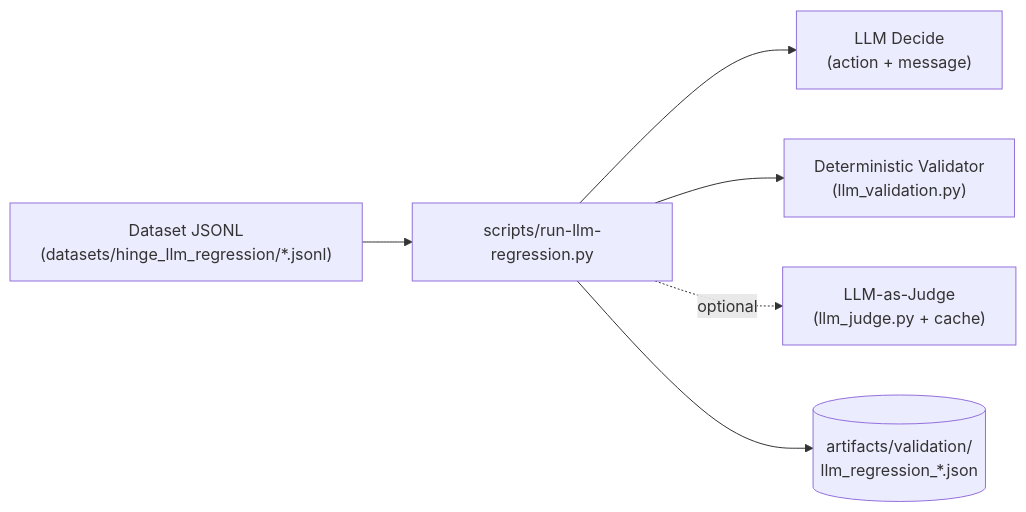
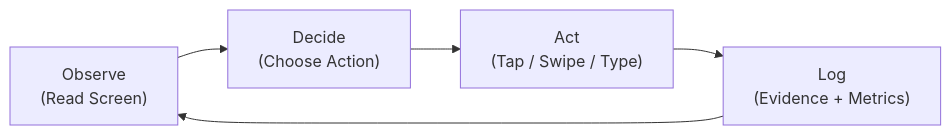
The diagram in README.md (saulrichardson/dating-agent), drawn with Mermaid before and after one commit. The commit also changed other lines of this file, not shown here.

````diff
--- a/README.md
+++ b/README.md
@@ -441,8 +28,7 @@
 ```mermaid
 flowchart LR
-  Dataset["Dataset JSONL\n(datasets/hinge_llm_regression/*.jsonl)"] --> Runner["scripts/run-llm-regression.py"]
-  Runner --> Decide["LLM Decide\n(action + message)"]
-  Runner --> Validate["Deterministic Validator\n(llm_validation.py)"]
-  Runner -. optional .-> Judge["LLM-as-Judge\n(llm_judge.py + cache)"]
-  Runner --> Report[("artifacts/validation/\nllm_regression_*.json")]
+  Observe["Observe\n(Read Screen)"] --> Decide["Decide\n(Choose Action)"]
+  Decide --> Act["Act\n(Tap / Swipe / Type)"]
+  Act --> Log["Log\n(Evidence + Metrics)"]
+  Log --> Observe
 ```
````
